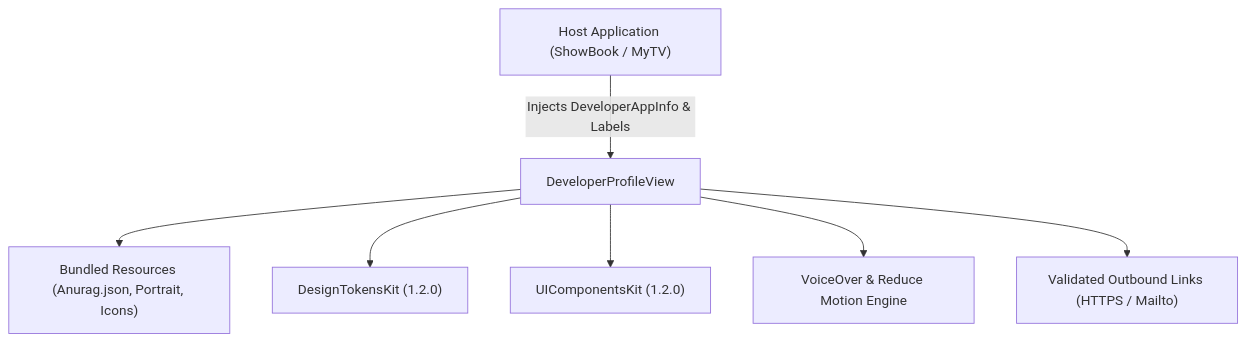
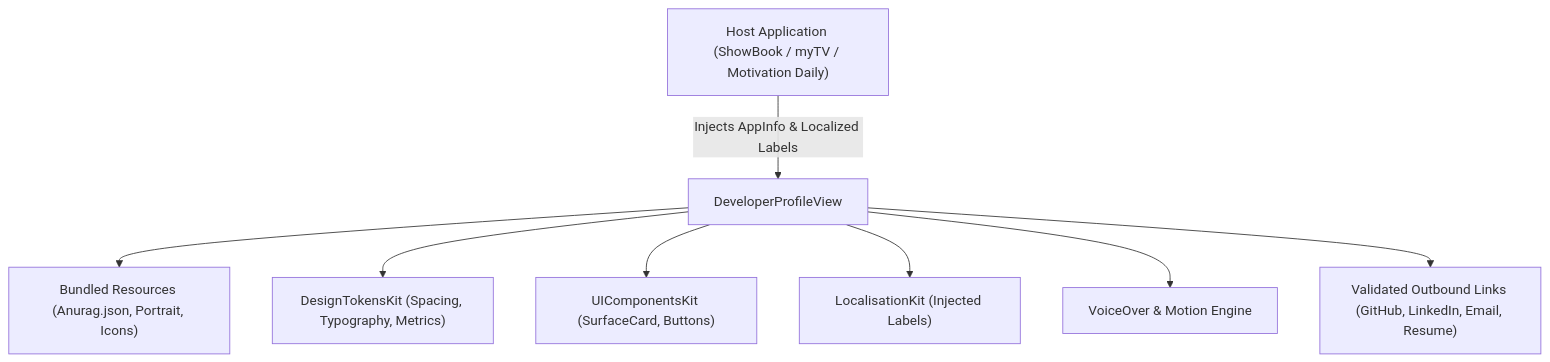
One commit to Anurag-Chourasia/DeveloperProfileKit changed the first of 2 diagrams in README.md. Above: the diagram before and after it, drawn with Mermaid. The commit also changed other lines of this file, not shown here.

Commit message:
IOS-85 | Overhaul DeveloperProfileKit README with architecture, injected localization, and ecosystem connectivity

````diff
--- a/README.md
+++ b/README.md
@@ -16,9 +30,10 @@
 ```mermaid
 flowchart TD
-    Host["Host Application (ShowBook / MyTV)"] -->|Injects DeveloperAppInfo & Labels| View["DeveloperProfileView"]
+    Host["Host Application (ShowBook / myTV / Motivation Daily)"] -->|Injects AppInfo & Localized Labels| View["DeveloperProfileView"]
     View --> BundleData["Bundled Resources (Anurag.json, Portrait, Icons)"]
-    View --> Tokens["DesignTokensKit (1.2.0)"]
-    View --> Components["UIComponentsKit (1.2.0)"]
-    View --> Accessibility["VoiceOver & Reduce Motion Engine"]
-    View --> Outbound["Validated Outbound Links (HTTPS / Mailto)"]
+    View --> Tokens["DesignTokensKit (Spacing, Typography, Metrics)"]
+    View --> Components["UIComponentsKit (SurfaceCard, Buttons)"]
+    View --> Localisation["LocalisationKit (Injected Labels)"]
+    View --> Accessibility["VoiceOver & Motion Engine"]
+    View --> Outbound["Validated Outbound Links (GitHub, LinkedIn, Email, Resume)"]
 ```
````
